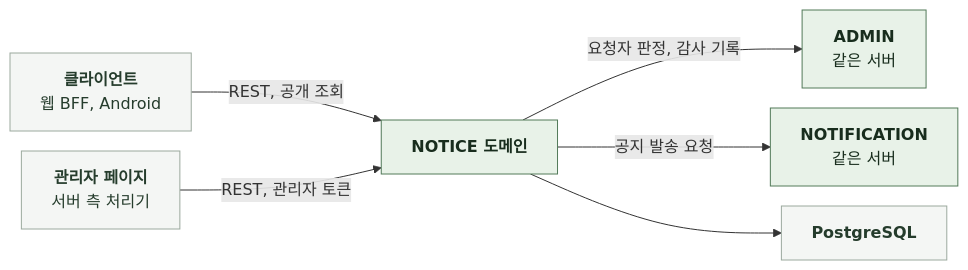
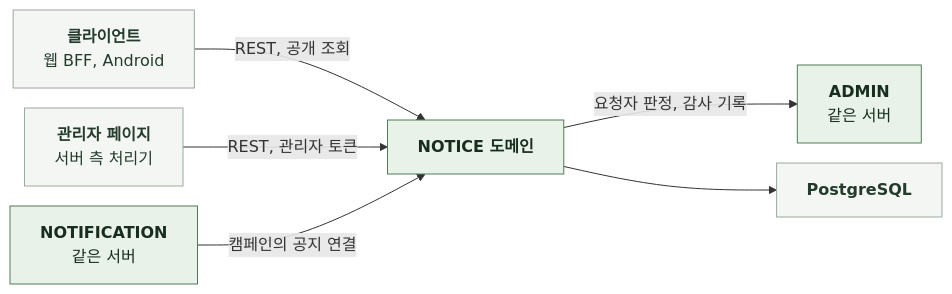
Before and after one commit to KIM-N-KANG/knk-harness: the diagram in docs/domain/NOTICE/BACKEND/3-1-SOFTWARE-ARCHITECTURE.md, drawn with Mermaid. The commit also changed other lines of this file and 35 other files, not shown here.

````diff
--- a/docs/domain/NOTICE/BACKEND/3-1-SOFTWARE-ARCHITECTURE.md
+++ b/docs/domain/NOTICE/BACKEND/3-1-SOFTWARE-ARCHITECTURE.md
@@ -19,17 +19,17 @@
 ```mermaid
 %%{init: {"flowchart": {"curve": "basis", "nodeSpacing": 20, "rankSpacing": 60}}}%%
 flowchart LR
     C["`**클라이언트**
 웹 BFF, Android`"] -->|REST, 공개 조회| S["`**NOTICE 도메인**`"]
     A["`**관리자 페이지**
 서버 측 처리기`"] -->|REST, 관리자 토큰| S
     S -->|요청자 판정, 감사 기록| AD["`**ADMIN**
 같은 서버`"]
-    S -->|공지 발송 요청| N["`**NOTIFICATION**
-같은 서버`"]
+    N["`**NOTIFICATION**
+같은 서버`"] -->|캠페인의 공지 연결| S
     S --> DB["`**PostgreSQL**`"]
     classDef ext fill:#F4F6F4,stroke:#9BA99E,color:#253C2C
     classDef comp fill:#E8F2E8,stroke:#527A59,color:#182D1D
     class C,A,DB ext
     class S,AD,N comp
 ```
````
